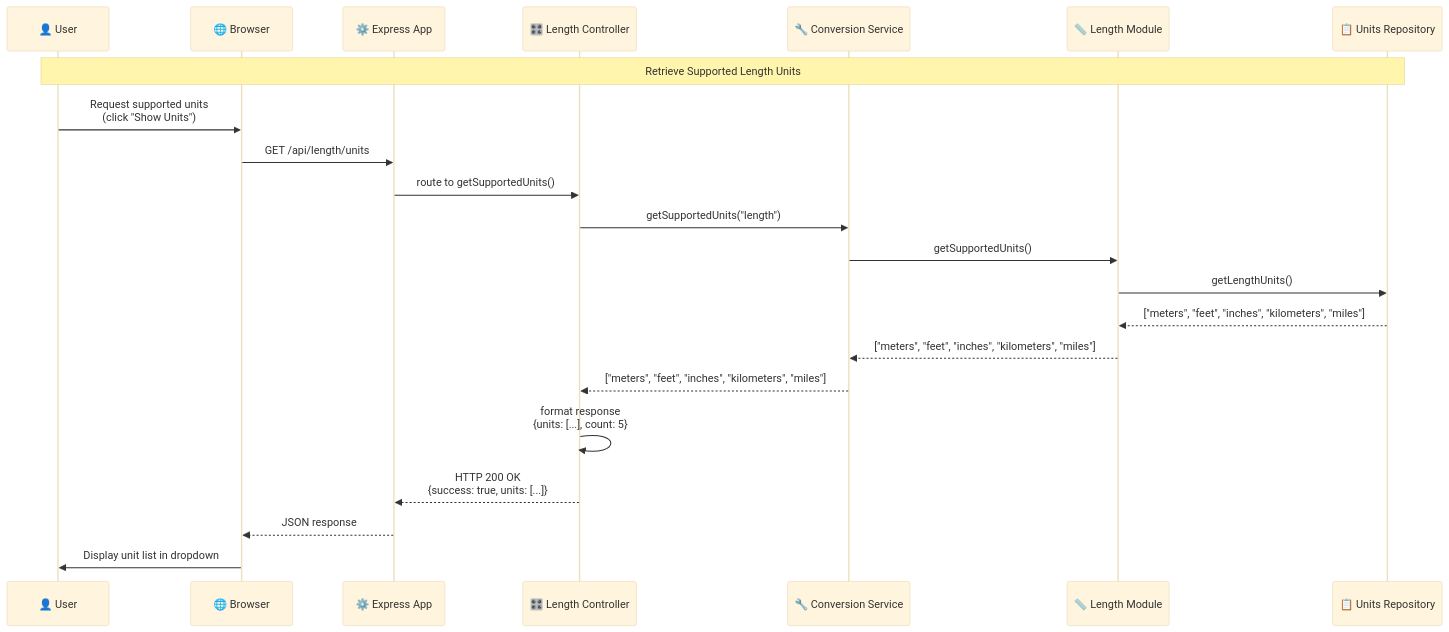
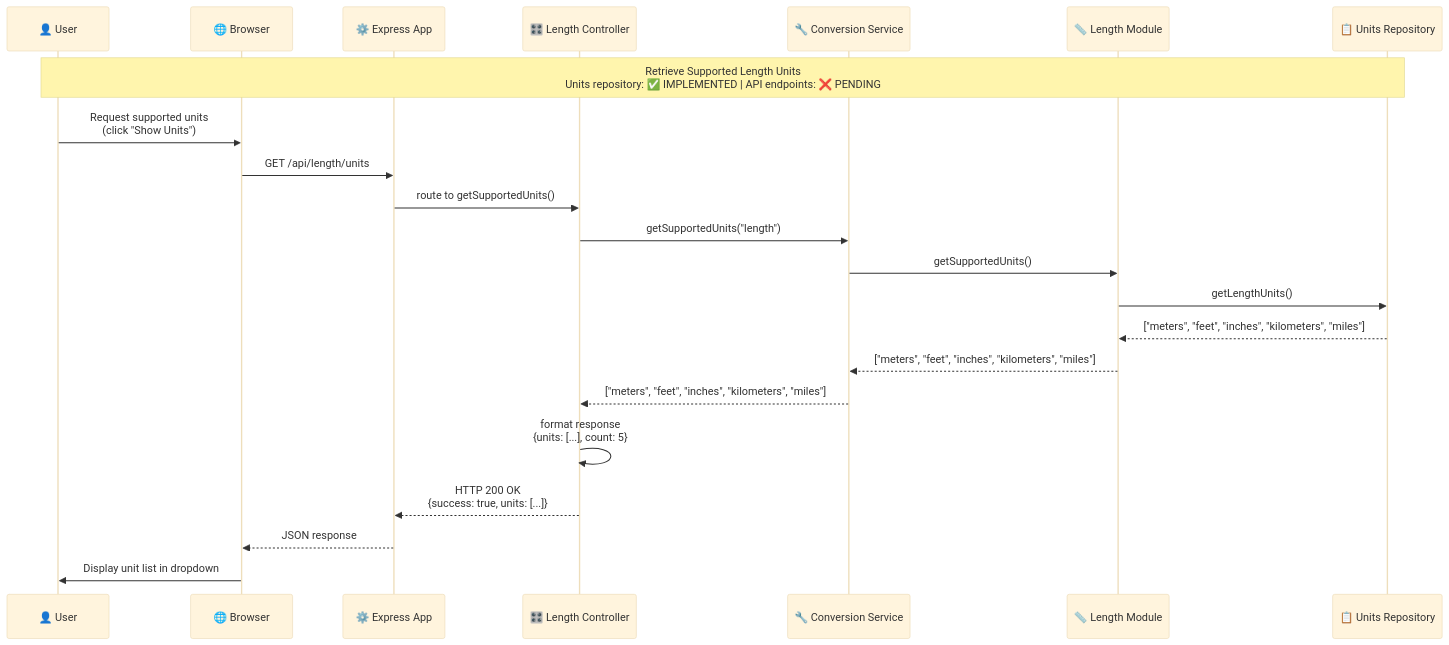
The fourth of 5 diagrams in unit-converter/uml-diagrams/SequenceDiagram.md (Shockp/Backend-Projects), drawn with Mermaid (base theme) before and after one commit. The commit also changed other lines of this file and 4 other files, not shown here.

Commit message:
UML updated

````diff
--- a/unit-converter/uml-diagrams/SequenceDiagram.md
+++ b/unit-converter/uml-diagrams/SequenceDiagram.md
@@ -139,28 +141,28 @@
 ```mermaid
 sequenceDiagram
     participant User as 👤 User
     participant Browser as 🌐 Browser
     participant App as ⚙️ Express App
     participant LC as 🎛️ Length Controller
     participant CS as 🔧 Conversion Service
     participant LM as 📏 Length Module
     participant UR as 📋 Units Repository
 
-    Note over User, UR: Retrieve Supported Length Units
+    Note over User, UR: Retrieve Supported Length Units<br/>Units repository: ✅ IMPLEMENTED | API endpoints: ❌ PENDING
 
     User->>Browser: Request supported units<br/>(click "Show Units")
     Browser->>App: GET /api/length/units
     App->>LC: route to getSupportedUnits()
     
     LC->>CS: getSupportedUnits("length")
     CS->>LM: getSupportedUnits()
     LM->>UR: getLengthUnits()
     UR-->>LM: ["meters", "feet", "inches", "kilometers", "miles"]
     LM-->>CS: ["meters", "feet", "inches", "kilometers", "miles"]
     CS-->>LC: ["meters", "feet", "inches", "kilometers", "miles"]
     
     LC->>LC: format response<br/>{units: [...], count: 5}
     LC-->>App: HTTP 200 OK<br/>{success: true, units: [...]}
     App-->>Browser: JSON response
     Browser->>User: Display unit list in dropdown
 ```
````
